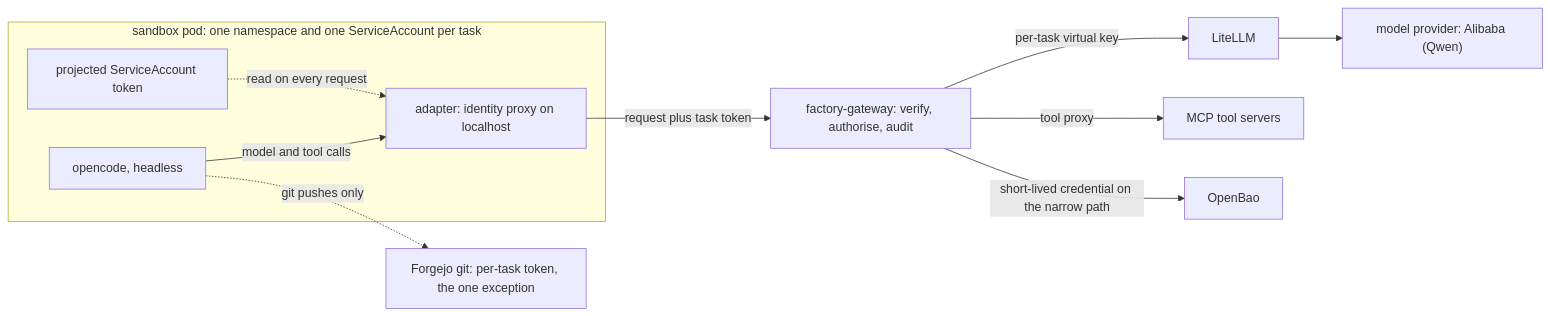
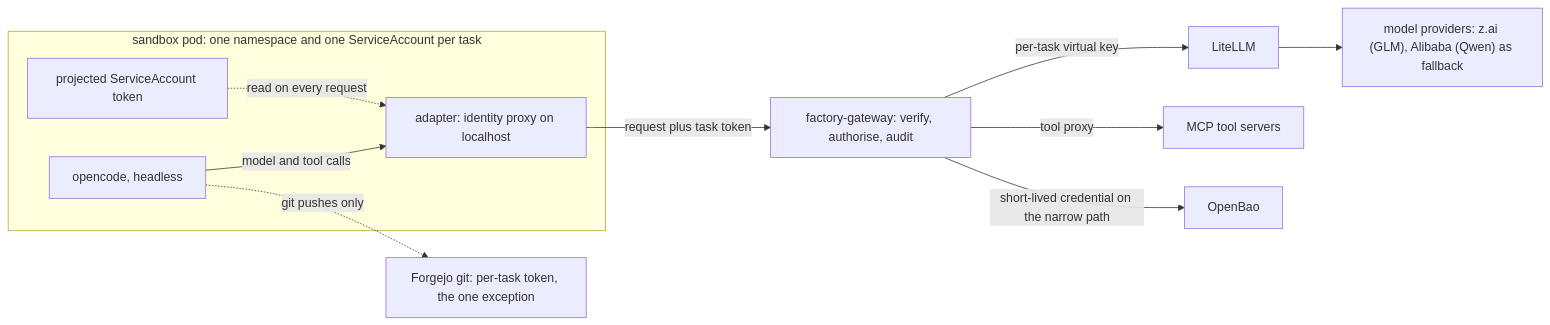
Before and after one commit to sebastianrueckerai/ai-software-factory: the third of 4 diagrams in docs/target-architecture.md, drawn with Mermaid. The commit also changed other lines of this file and 1 other file, not shown here.

Commit message:
docs: the model routes name z.ai first and Alibaba as fallback, routines file periodic cards

````diff
--- a/docs/target-architecture.md
+++ b/docs/target-architecture.md
@@ -209,16 +209,16 @@
 ```mermaid
 flowchart LR
     subgraph pod["sandbox pod: one namespace and one ServiceAccount per task"]
         OC["opencode, headless"]
         AD["adapter: identity proxy on localhost"]
         TOK["projected ServiceAccount token"]
         OC -- "model and tool calls" --> AD
         TOK -. "read on every request" .-> AD
     end
     AD -- "request plus task token" --> GW["factory-gateway: verify, authorise, audit"]
     GW -- "per-task virtual key" --> LIT["LiteLLM"]
-    LIT --> PROV["model provider: Alibaba (Qwen)"]
+    LIT --> PROV["model providers: z.ai (GLM), Alibaba (Qwen) as fallback"]
     GW -- "tool proxy" --> MCP["MCP tool servers"]
     GW -- "short-lived credential on the narrow path" --> BAO["OpenBao"]
     OC -. "git pushes only" .-> GIT["Forgejo git: per-task token, the one exception"]
 ```
````
